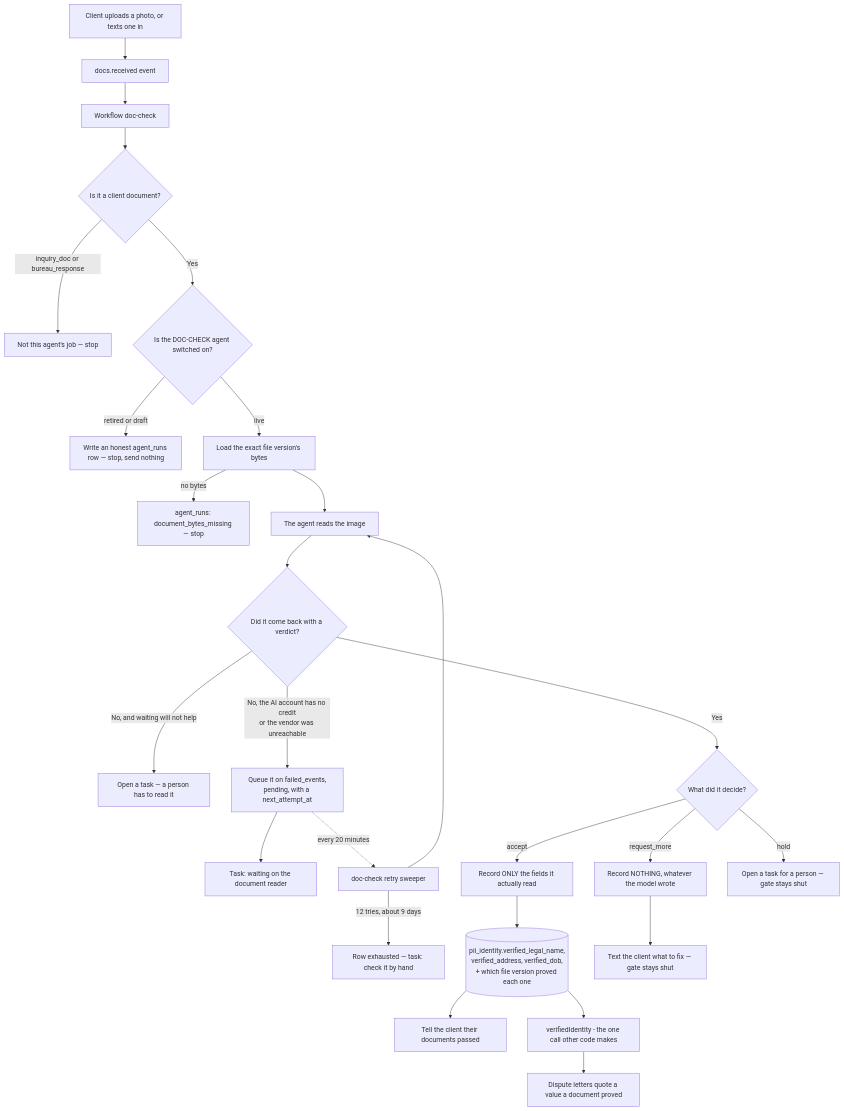
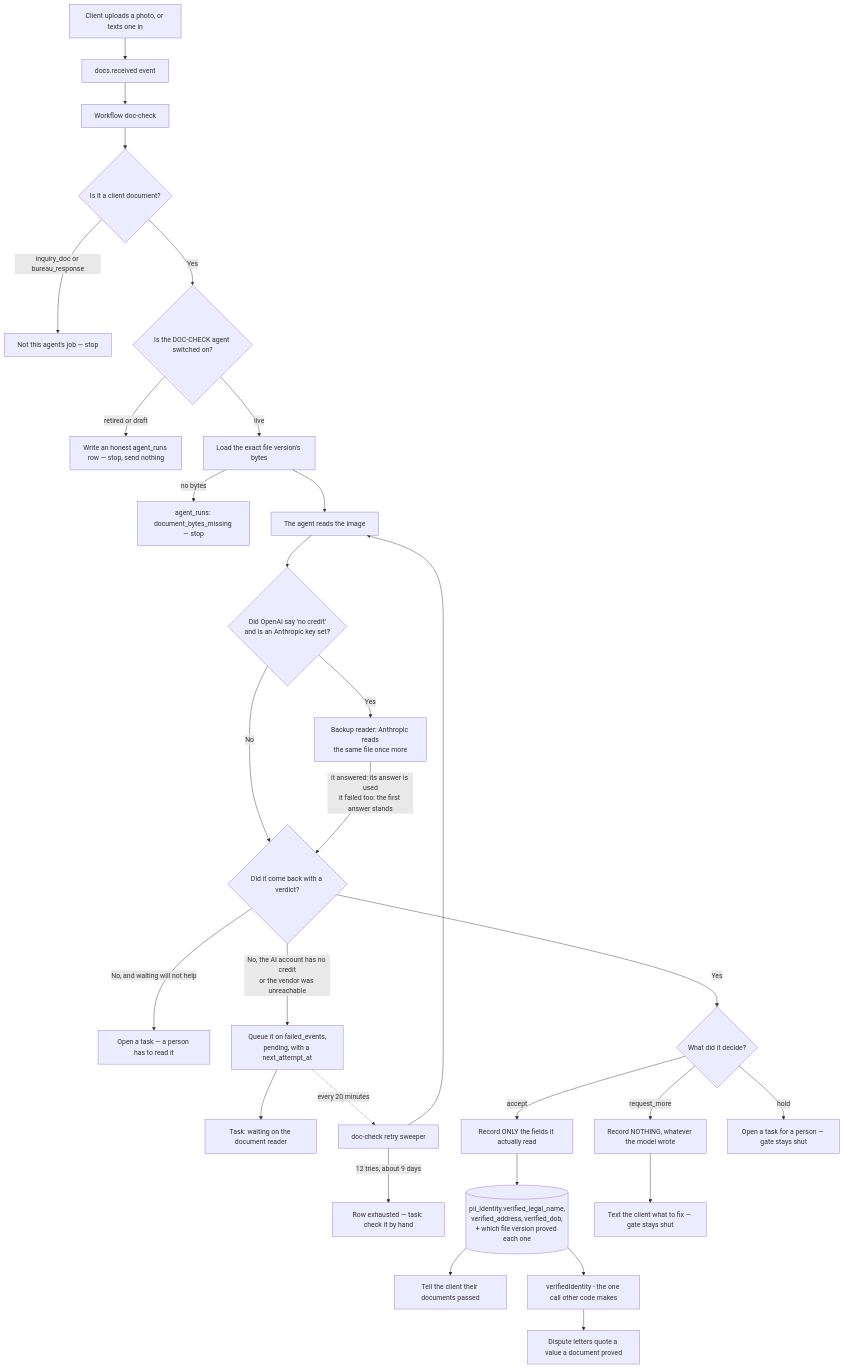
The diagram in docs/journeys/doc-check-identity-flow.md (ZootimusMaximusSupreme/Fundhub_ai), drawn with Mermaid before and after one commit. The commit also changed other lines of this file and 11 other files, not shown here.

First line of the commit message:
fix(doc-check): read with the backup reader when OpenAI has no credit (live hole 16)

````diff
--- a/docs/journeys/doc-check-identity-flow.md
+++ b/docs/journeys/doc-check-identity-flow.md
@@ -29,34 +31,38 @@
 ```mermaid
 flowchart TD
     UP[Client uploads a photo, or texts one in] --> EV[docs.received event]
     EV --> W[Workflow doc-check]
     W --> K{Is it a client document?}
     K -->|inquiry_doc or bureau_response| SKIP[Not this agent's job — stop]
     K -->|Yes| ST{Is the DOC-CHECK agent switched on?}
     ST -->|retired or draft| LOG[Write an honest agent_runs row — stop, send nothing]
     ST -->|live| BY[Load the exact file version's bytes]
     BY -->|no bytes| MISS[agent_runs: document_bytes_missing — stop]
     BY --> MODEL[The agent reads the image]
-    MODEL --> ANS{Did it come back with a verdict?}
+    MODEL --> NC{Did OpenAI say 'no credit'<br/>and is an Anthropic key set?}
+    NC -->|Yes| BACKUP[Backup reader: Anthropic reads<br/>the same file once more]
+    NC -->|No| ANS
+    BACKUP -->|it answered: its answer is used<br/>it failed too: the first answer stands| ANS
+    ANS{Did it come back with a verdict?}
 
     ANS -->|No, and waiting will not help| HAND[Open a task — a person has to read it]
     ANS -->|No, the AI account has no credit<br/>or the vendor was unreachable| QUEUE[Queue it on failed_events,<br/>pending, with a next_attempt_at]
     QUEUE --> WAIT[Task: waiting on the document reader]
     QUEUE -.->|every 20 minutes| SWEEP[doc-check retry sweeper]
     SWEEP --> MODEL
     SWEEP -->|12 tries, about 9 days| GIVEUP[Row exhausted — task: check it by hand]
 
     ANS -->|Yes| OUT{What did it decide?}
 
     OUT -->|accept| REC[Record ONLY the fields it actually read]
     REC --> DB[(pii_identity.verified_legal_name,<br/>verified_address, verified_dob,<br/>+ which file version proved each one)]
     DB --> MSG[Tell the client their documents passed]
 
     OUT -->|request_more| NOTHING[Record NOTHING, whatever the model wrote]
     NOTHING --> ASK[Text the client what to fix — gate stays shut]
 
     OUT -->|hold| TASK[Open a task for a person — gate stays shut]
 
     DB --> READ[verifiedIdentity - the one call other code makes]
     READ --> LETTER[Dispute letters quote a value a document proved]
 ```
````
